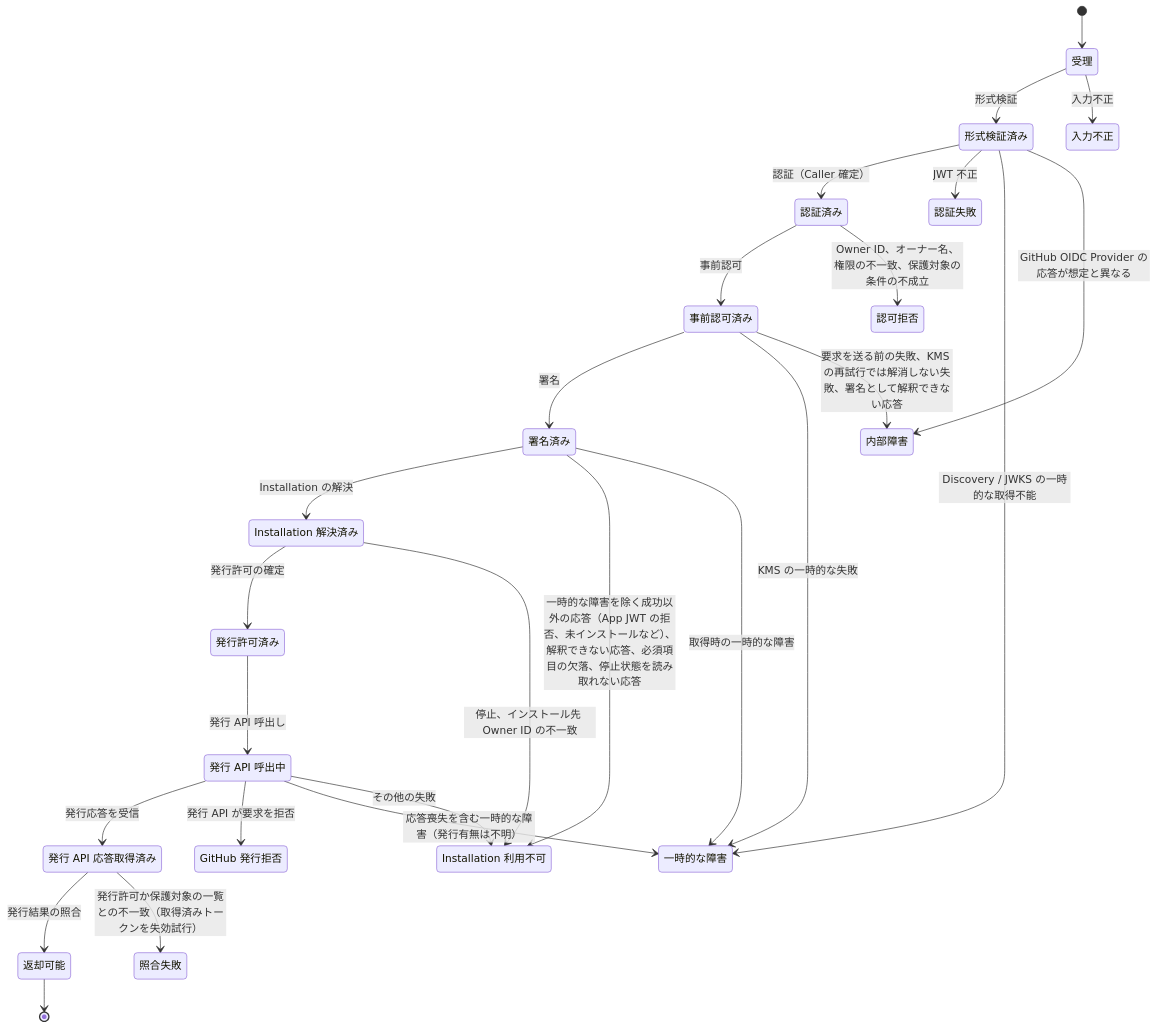
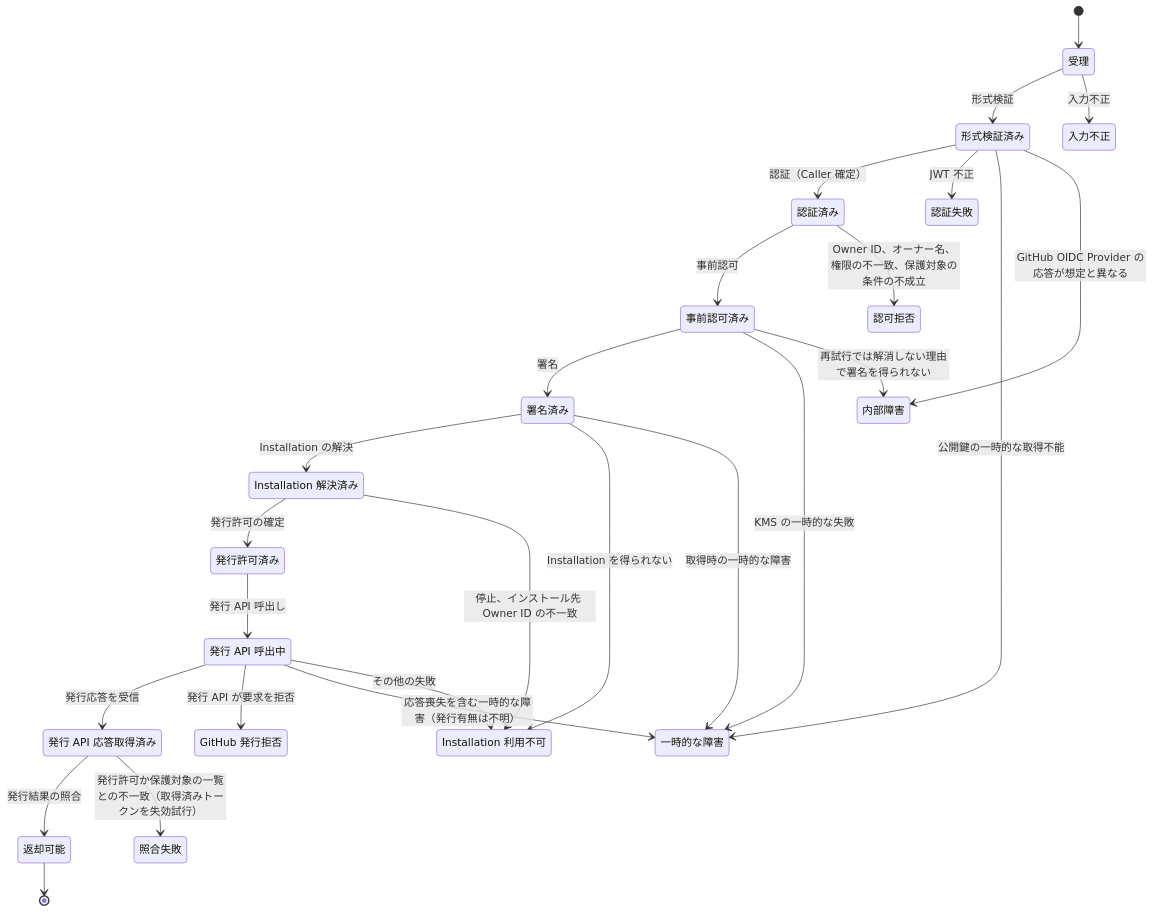
Before and after one commit to tmknom/gates: the second of 3 diagrams in docs/design/domain.md, drawn with Mermaid. The commit also changed other lines of this file and 20 other files, not shown here.

````diff
--- a/docs/design/domain.md
+++ b/docs/design/domain.md
@@ -423,46 +382,46 @@
 ```mermaid
 stateDiagram-v2
   state "受理" as received
   state "形式検証済み" as validated
   state "認証済み" as authenticated
   state "事前認可済み" as preauthorized
   state "署名済み" as signed
   state "Installation 解決済み" as resolved
   state "発行許可済み" as granted
   state "発行 API 応答取得済み" as issue_responded
   state "発行 API 呼出中" as issue_requested
   state "返却可能" as returnable
   state "入力不正" as rej_request
   state "認証失敗" as rej_auth
   state "認可拒否" as rej_authz
   state "Installation 利用不可" as rej_installation
   state "GitHub 発行拒否" as rej_issue
   state "照合失敗" as rej_verify
   state "一時的な障害" as rej_transient
   state "内部障害" as rej_internal
   [*] --> received
   received --> validated : 形式検証
   received --> rej_request : 入力不正
   validated --> authenticated : 認証（Caller 確定）
   validated --> rej_auth : JWT 不正
-  validated --> rej_transient : Discovery / JWKS の一時的な取得不能
+  validated --> rej_transient : 公開鍵の一時的な取得不能
   validated --> rej_internal : GitHub OIDC Provider の応答が想定と異なる
   authenticated --> preauthorized : 事前認可
   authenticated --> rej_authz : Owner ID、オーナー名、権限の不一致、保護対象の条件の不成立
   preauthorized --> signed : 署名
   preauthorized --> rej_transient : KMS の一時的な失敗
-  preauthorized --> rej_internal : 要求を送る前の失敗、KMS の再試行では解消しない失敗、署名として解釈できない応答
+  preauthorized --> rej_internal : 再試行では解消しない理由で署名を得られない
   signed --> resolved : Installation の解決
-  signed --> rej_installation : 一時的な障害を除く成功以外の応答（App JWT の拒否、未インストールなど）、解釈できない応答、必須項目の欠落、停止状態を読み取れない応答
+  signed --> rej_installation : Installation を得られない
   signed --> rej_transient : 取得時の一時的な障害
   resolved --> granted : 発行許可の確定
   resolved --> rej_installation : 停止、インストール先 Owner ID の不一致
   granted --> issue_requested : 発行 API 呼出し
   issue_requested --> issue_responded : 発行応答を受信
   issue_requested --> rej_issue : 発行 API が要求を拒否
   issue_requested --> rej_transient : 応答喪失を含む一時的な障害（発行有無は不明）
   issue_requested --> rej_installation : その他の失敗
   issue_responded --> returnable : 発行結果の照合
   issue_responded --> rej_verify : 発行許可か保護対象の一覧との不一致（取得済みトークンを失効試行）
   returnable --> [*]
 ```
````
